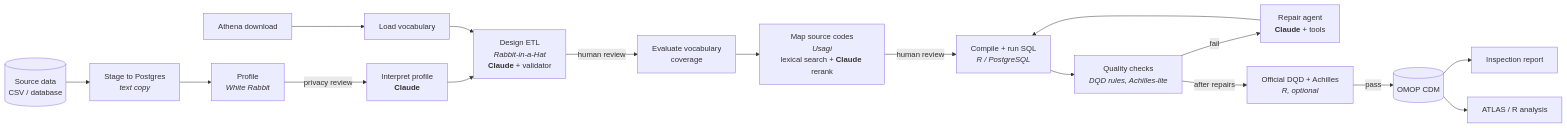
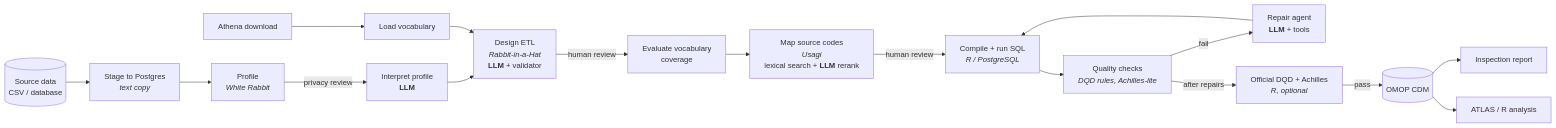
The diagram in docs/architecture.md (Alvin-Nahabwe/automated-omop-etl), drawn with Mermaid before and after one commit. The commit also changed other lines of this file and 34 other files, not shown here.

````diff
--- a/docs/architecture.md
+++ b/docs/architecture.md
@@ -8,19 +8,19 @@
 ```mermaid
 flowchart LR
     SRC[(Source data<br/>CSV / database)] --> STAGE[Stage to Postgres<br/><i>text copy</i>]
     STAGE --> PROF[Profile<br/><i>White Rabbit</i>]
-    PROF -->|privacy review| ANN[Interpret profile<br/><b>Claude</b>]
+    PROF -->|privacy review| ANN[Interpret profile<br/><b>LLM</b>]
     ATH[Athena download] --> VLOAD[Load vocabulary]
-    ANN --> DES[Design ETL<br/><i>Rabbit-in-a-Hat</i><br/><b>Claude</b> + validator]
+    ANN --> DES[Design ETL<br/><i>Rabbit-in-a-Hat</i><br/><b>LLM</b> + validator]
     VLOAD --> DES
     DES -->|human review| VEVAL[Evaluate vocabulary<br/>coverage]
-    VEVAL --> MAP[Map source codes<br/><i>Usagi</i><br/>lexical search + <b>Claude</b> rerank]
+    VEVAL --> MAP[Map source codes<br/><i>Usagi</i><br/>lexical search + <b>LLM</b> rerank]
     MAP -->|human review| BUILD[Compile + run SQL<br/><i>R / PostgreSQL</i>]
     BUILD --> DQ[Quality checks<br/><i>DQD rules, Achilles-lite</i>]
-    DQ -->|fail| REP[Repair agent<br/><b>Claude</b> + tools]
+    DQ -->|fail| REP[Repair agent<br/><b>LLM</b> + tools]
     REP --> BUILD
     DQ -->|after repairs| RDQD[Official DQD + Achilles<br/><i>R, optional</i>]
     RDQD -->|pass| CDM[(OMOP CDM)]
     CDM --> REPORT[Inspection report]
     CDM --> ATLAS[ATLAS / R analysis]
 ```
````
